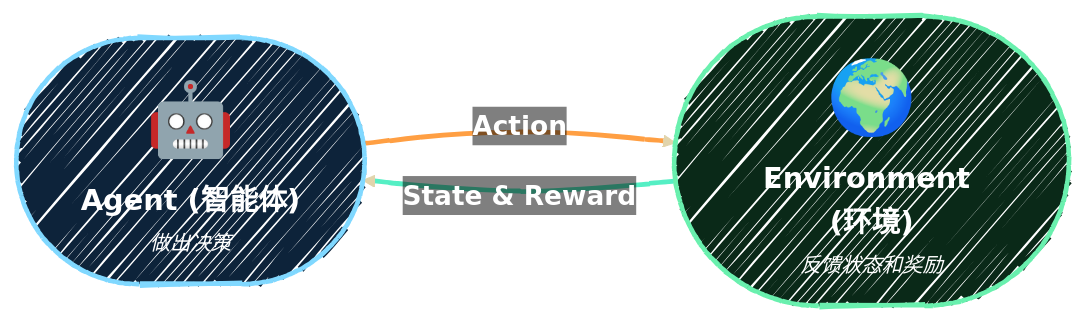
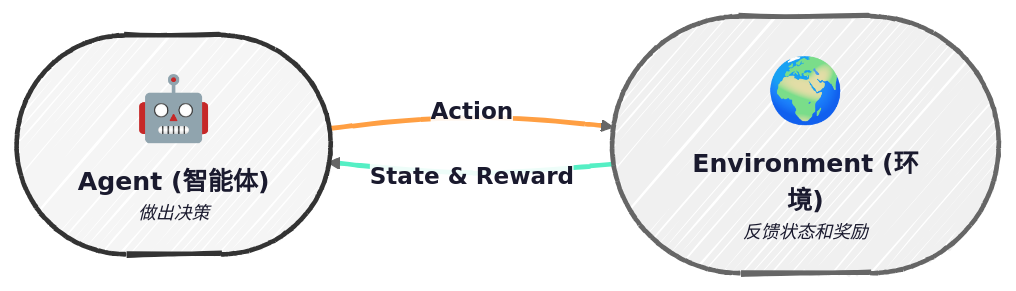
One commit to tsyhahaha/tsyhahaha.github.io changed the diagram in _posts/2026-03-10-qiang-hua-xue-xi-chapter-1.md. Above: the diagram before and after it, drawn with Mermaid. The commit also changed 1 other file, not shown here.

Commit message:
feat: update theme to light, add bio and fix mermaid colors

````diff
--- a/_posts/2026-03-10-qiang-hua-xue-xi-chapter-1.md
+++ b/_posts/2026-03-10-qiang-hua-xue-xi-chapter-1.md
@@ -20,33 +20,33 @@
 ```mermaid
 %%{init: {
     "look": "handDrawn",
     "theme": "base",
     "themeVariables": {
-        "background": "#1a1a2e",
-        "primaryTextColor": "#ffffff",
-        "lineColor": "#e1d4ac",
+        "background": "#ffffff",
+        "primaryTextColor": "#1a1a2e",
+        "lineColor": "#666666",
         "fontFamily": "Menlo, Monaco, monospace",
-        "fontSize": "16px",
-        "edgeLabelBackground": "rgba(0,0,0,0)",
-        "labelBackgroundColor": "rgba(0,0,0,0)"
+        "fontSize": "14px",
+        "edgeLabelBackground": "rgba(255,255,255,0.8)",
+        "labelBackgroundColor": "rgba(255,255,255,0.8)"
     }
 }}%%
 
 graph LR
-    A(["<div style='display:flex; flex-direction:column; align-items:center; justify-content:center; padding:10px 15px;'><span style='font-size:3em;'>🤖</span><b style='font-size:1.2em; color:#ffffff; margin-top:5px;'>Agent (智能体)</b><i style='font-size:0.85em; color:#e0e0e0; margin-top:3px;'>做出决策</i></div>"])
+    A(["<div style='display:flex; flex-direction:column; align-items:center; justify-content:center; padding:10px 15px;'><span style='font-size:3em;'>🤖</span><b style='font-size:1.2em; color:#1a1a2e; margin-top:5px;'>Agent (智能体)</b><i style='font-size:0.85em; color:#333333; margin-top:3px;'>做出决策</i></div>"])
 
-    E(["<div style='display:flex; flex-direction:column; align-items:center; justify-content:center; padding:10px 15px;'><span style='font-size:3em;'>🌍</span><b style='font-size:1.2em; color:#ffffff; margin-top:5px;'>Environment (环境)</b><i style='font-size:0.85em; color:#e0e0e0; margin-top:3px;'>反馈状态和奖励</i></div>"])
+    E(["<div style='display:flex; flex-direction:column; align-items:center; justify-content:center; padding:10px 15px;'><span style='font-size:3em;'>🌍</span><b style='font-size:1.2em; color:#1a1a2e; margin-top:5px;'>Environment (环境)</b><i style='font-size:0.85em; color:#333333; margin-top:3px;'>反馈状态和奖励</i></div>"])
 
     %% 使用 span 替代 div，去掉 margin，避免隐形边框遮挡连线
     A -- "<span style='color:#ff9f43; font-weight:bold; font-size:1.1em;'>Action</span>" --> E
     E -- "<span style='color:#55efc4; font-weight:bold; font-size:1.1em;'>State & Reward</span>" --> A
 
-    classDef agentClass fill:#0d233a,stroke:#80d8ff,stroke-width:3px,rx:20,ry:20
-    classDef envClass fill:#0a2918,stroke:#69f0ae,stroke-width:3px,rx:20,ry:20
+    classDef agentClass fill:#f5f5f5,stroke:#333333,stroke-width:3px,rx:20,ry:20
+    classDef envClass fill:#f0f0f0,stroke:#666666,stroke-width:3px,rx:20,ry:20
     
     class A agentClass
     class E envClass
     
     linkStyle 0 stroke:#ff9f43,stroke-width:3px
     linkStyle 1 stroke:#55efc4,stroke-width:3px
 ```
````
